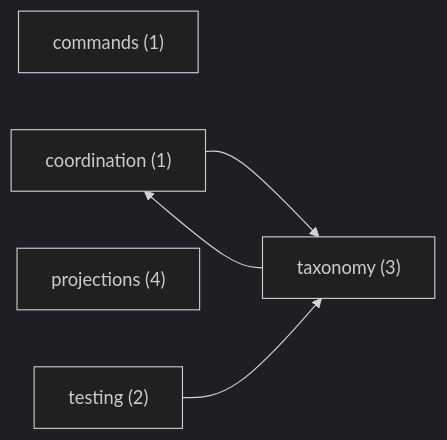
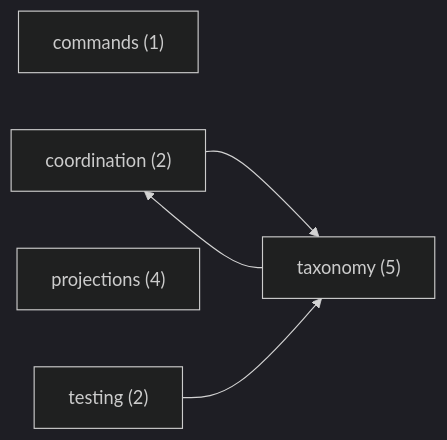
One commit to libar-dev/architect changed the first of 6 diagrams in docs-live/design-review/by-theme.md. Above: the diagram before and after it, drawn with Mermaid (dark theme). The commit also changed other lines of this file and 240 other files, not shown here.

````diff
--- a/docs-live/design-review/by-theme.md
+++ b/docs-live/design-review/by-theme.md
@@ -18,11 +18,11 @@
 ```mermaid
 graph LR
   commands["commands (1)"]
-  coordination["coordination (1)"]
+  coordination["coordination (2)"]
   projections["projections (4)"]
-  taxonomy["taxonomy (3)"]
+  taxonomy["taxonomy (5)"]
   testing["testing (2)"]
   coordination --> taxonomy
   taxonomy --> coordination
   testing --> taxonomy
 ```
````
